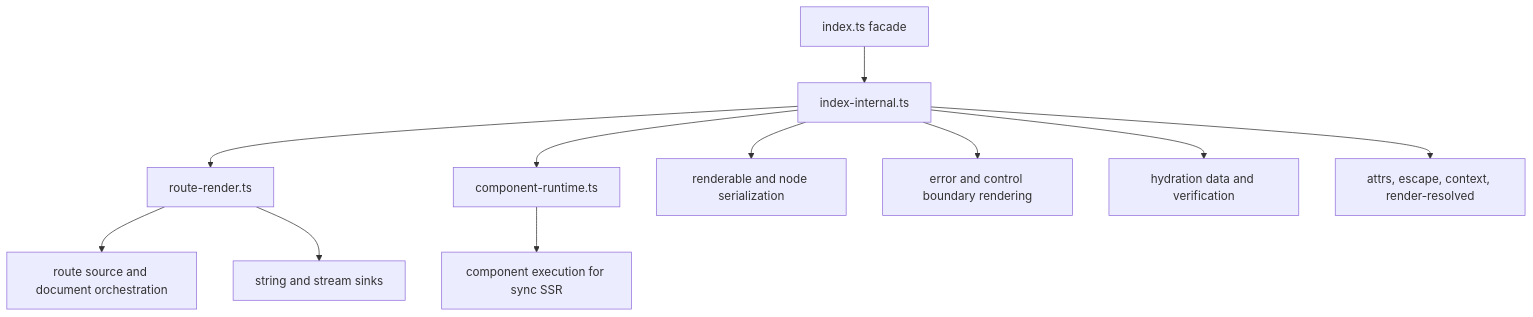
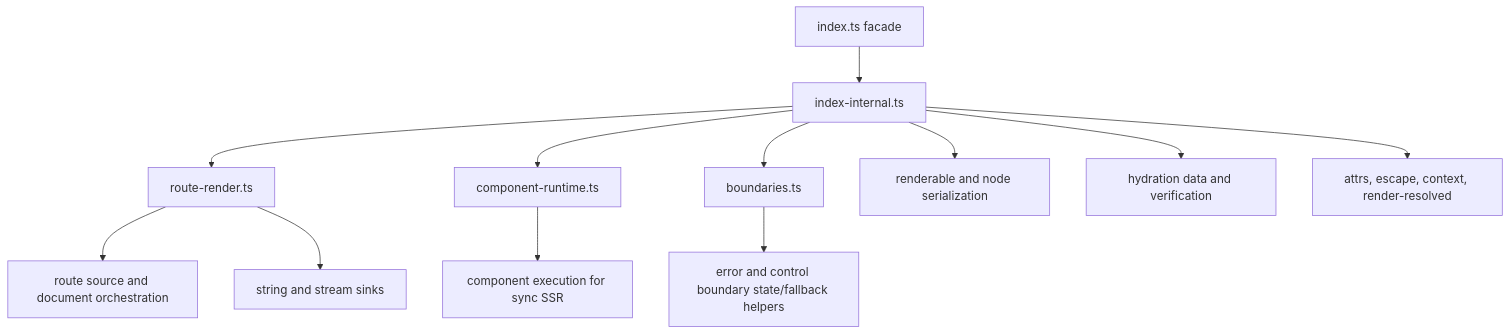
Before and after one commit to askrjs/askr: the third of 7 diagrams in docs/internals/ssr-ssg-pipeline.md, drawn with Mermaid. The commit also changed other lines of this file and 4 other files, not shown here.

````diff
--- a/docs/internals/ssr-ssg-pipeline.md
+++ b/docs/internals/ssr-ssg-pipeline.md
@@ -70,25 +73,27 @@
 ```mermaid
 flowchart TB
   facade[index.ts facade]
   routeRender[route-render.ts]
   internal[index-internal.ts]
+  boundaries[boundaries.ts]
   componentRuntime[component-runtime.ts]
   serialize[renderable and node serialization]
-  controls[error and control boundary rendering]
+  controls[error and control boundary state/fallback helpers]
   components[component execution for sync SSR]
   hydration[hydration data and verification]
   routes[route source and document orchestration]
   sinks[string and stream sinks]
   helpers[attrs, escape, context, render-resolved]
 
   facade --> internal
   internal --> routeRender
   internal --> componentRuntime
+  internal --> boundaries
   internal --> serialize
-  internal --> controls
+  boundaries --> controls
   componentRuntime --> components
   internal --> hydration
   routeRender --> routes
   routeRender --> sinks
   internal --> helpers
 ```
````
